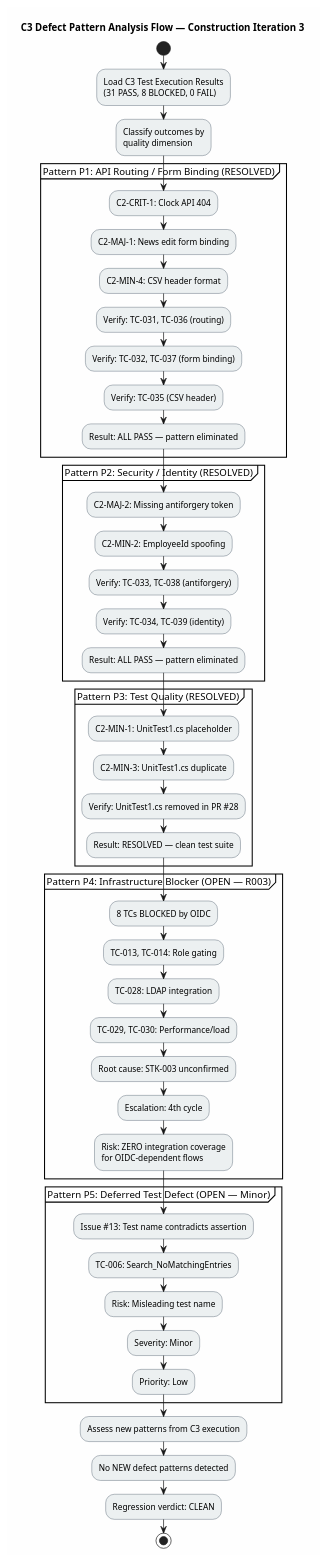
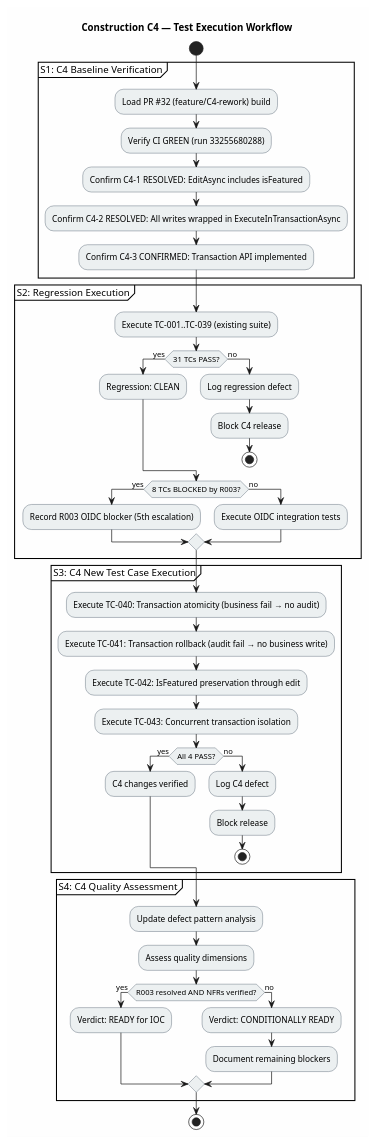
Before and after one commit to banense-test/portal-cuba-corp: the first of 2 diagrams in docs/artifacts/test/test-case.md, drawn with PlantUML. The commit also changed other lines of this file, not shown here.

First line of the commit message:
Test Designer [C4]: upsert Test Case

````diff
--- a/docs/artifacts/test/test-case.md
+++ b/docs/artifacts/test/test-case.md
@@ -69,69 +63,63 @@
 ```plantuml
-@startuml
-title C3 Defect Pattern Analysis Flow — Construction Iteration 3
+@startuml C4_Test_Execution_Workflow
+title Construction C4 — Test Execution Workflow
 
 skinparam backgroundColor #FEFEFE
 skinparam shadowing false
 skinparam activityBorderColor #2C3E50
 skinparam activityBackgroundColor #ECF0F1
 
 start
 
-:Load C3 Test Execution Results
-(31 PASS, 8 BLOCKED, 0 FAIL);
-
-:Classify outcomes by
-quality dimension;
-
-partition "Pattern P1: API Routing / Form Binding (RESOLVED)" {
-  :C2-CRIT-1: Clock API 404;
-  :C2-MAJ-1: News edit form binding;
-  :C2-MIN-4: CSV header format;
-  :Verify: TC-031, TC-036 (routing);
-  :Verify: TC-032, TC-037 (form binding);
-  :Verify: TC-035 (CSV header);
-  :Result: ALL PASS — pattern eliminated;
+partition "S1: C4 Baseline Verification" {
+  :Load PR #32 (feature/C4-rework) build;
+  :Verify CI GREEN (run 33255680288);
+  :Confirm C4-1 RESOLVED: EditAsync includes isFeatured;
+  :Confirm C4-2 RESOLVED: All writes wrapped in ExecuteInTransactionAsync;
+  :Confirm C4-3 CONFIRMED: Transaction API implemented;
 }
 
-partition "Pattern P2: Security / Identity (RESOLVED)" {
-  :C2-MAJ-2: Missing antiforgery token;
-  :C2-MIN-2: EmployeeId spoofing;
-  :Verify: TC-033, TC-038 (antiforgery);
-  :Verify: TC-034, TC-039 (identity);
-  :Result: ALL PASS — pattern eliminated;
+partition "S2: Regression Execution" {
+  :Execute TC-001..TC-039 (existing suite);
+  if (31 TCs PASS?) then (yes)
+    :Regression: CLEAN;
+  else (no)
+    :Log regression defect;
+    :Block C4 release;
+    stop
+  endif
+  if (8 TCs BLOCKED by R003?) then (yes)
+    :Record R003 OIDC blocker (5th escalation);
+  else (no)
+    :Execute OIDC integration tests;
+  endif
 }
 
-partition "Pattern P3: Test Quality (RESOLVED)" {
-  :C2-MIN-1: UnitTest1.cs placeholder;
-  :C2-MIN-3: UnitTest1.cs duplicate;
-  :Verify: UnitTest1.cs removed in PR #28;
-  :Result: RESOLVED — clean test suite;
+partition "S3: C4 New Test Case Execution" {
+  :Execute TC-040: Transaction atomicity (business fail → no audit);
+  :Execute TC-041: Transaction rollback (audit fail → no business write);
+  :Execute TC-042: IsFeatured preservation through edit;
+  :Execute TC-043: Concurrent transaction isolation;
+  if (All 4 PASS?) then (yes)
+    :C4 changes verified;
+  else (no)
+    :Log C4 defect;
+    :Block release;
+    stop
+  endif
 }
 
-partition "Pattern P4: Infrastructure Blocker (OPEN — R003)" {
-  :8 TCs BLOCKED by OIDC;
-  :TC-013, TC-014: Role gating;
-  :TC-028: LDAP integration;
-  :TC-029, TC-030: Performance/load;
-  :Root cause: STK-003 unconfirmed;
-  :Escalation: 4th cycle;
-  :Risk: ZERO integration coverage
-  for OIDC-dependent flows;
+partition "S4: C4 Quality Assessment" {
+  :Update defect pattern analysis;
+  :Assess quality dimensions;
+  if (R003 resolved AND NFRs verified?) then (yes)
+    :Verdict: READY for IOC;
+  else (no)
+    :Verdict: CONDITIONALLY READY;
+    :Document remaining blockers;
+  endif
 }
 
-partition "Pattern P5: Deferred Test Defect (OPEN — Minor)" {
-  :Issue #13: Test name contradicts assertion;
-  :TC-006: Search_NoMatchingEntries;
-  :Risk: Misleading test name;
-  :Severity: Minor;
-  :Priority: Low;
-}
-
-:Assess new patterns from C3 execution;
-:No NEW defect patterns detected;
-:Regression verdict: CLEAN;
-
 stop
-
 @enduml
 ```
````
